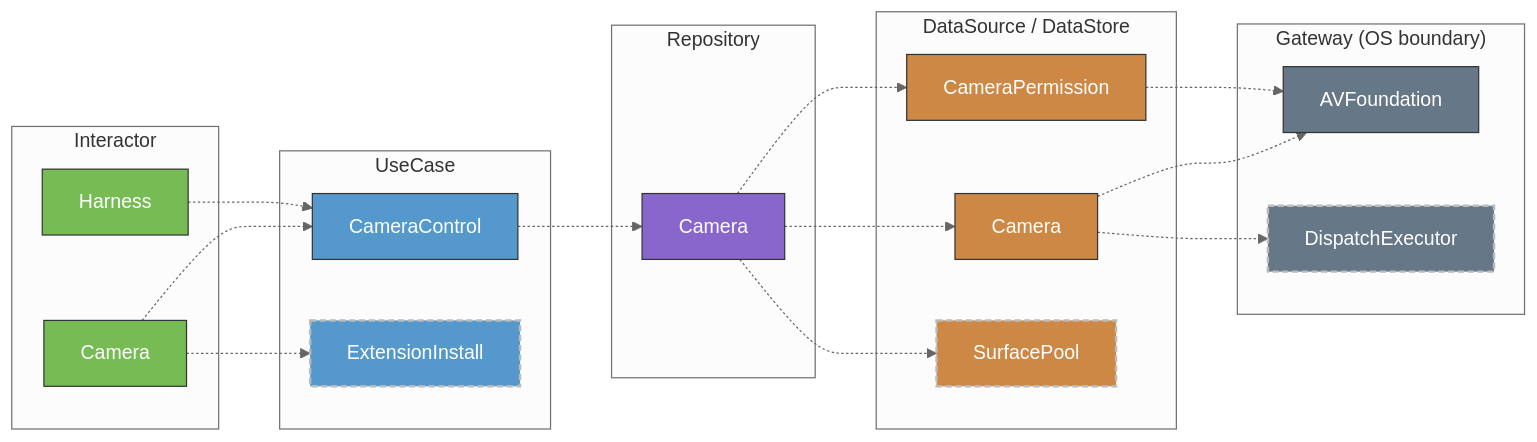
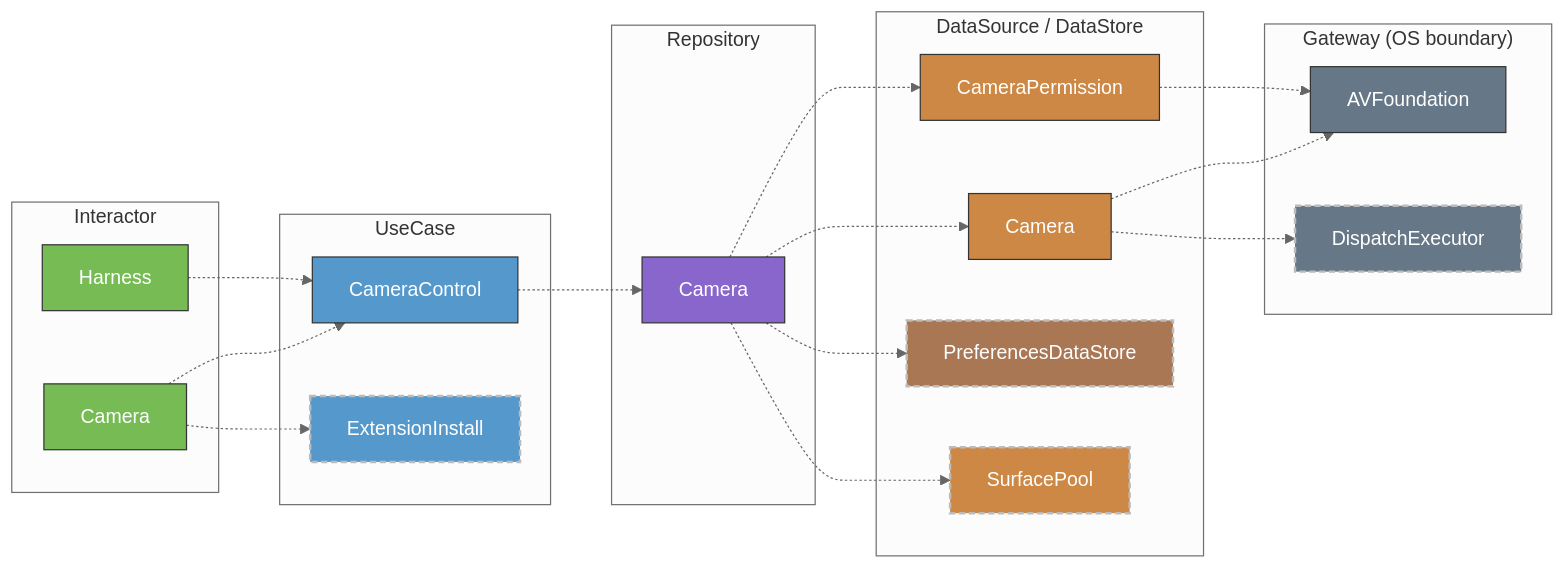
One commit to GeneralD/mirage changed the fourth of 9 diagrams in docs/ARCHITECTURE.md. Above: the diagram before and after it, drawn with Mermaid (neutral theme). The commit also changed other lines of this file and 7 other files, not shown here.

First line of the commit message:
docs(architecture): generate the module diagrams from the package and the lint

````diff
--- a/docs/ARCHITECTURE.md
+++ b/docs/ARCHITECTURE.md
@@ -213,41 +214,44 @@
 ```mermaid
 graph LR
   subgraph Area0a_int["Interactor"]
     CameraInteractor["Camera"]:::int
     HarnessInteractor["Harness"]:::int
   end
   subgraph Area0a_uc["UseCase"]
     CameraControlUseCase["CameraControl"]:::uc
     ExtensionInstallUseCase["ExtensionInstall"]:::ucx
   end
   subgraph Area0a_repo["Repository"]
     CameraRepository["Camera"]:::repo
   end
   subgraph Area0a_ds["DataSource / DataStore"]
     CameraDataSource["Camera"]:::ds
     CameraPermissionDataSource["CameraPermission"]:::ds
+    PreferencesDataStore:::dstorex
     SurfacePoolDataSource["SurfacePool"]:::dsx
   end
   subgraph Area0a_gw["Gateway (OS boundary)"]
     AVFoundationGateway["AVFoundation"]:::gw
     DispatchExecutorGateway["DispatchExecutor"]:::gwx
   end
   CameraInteractor -.-> CameraControlUseCase
   CameraInteractor -.-> ExtensionInstallUseCase
   HarnessInteractor -.-> CameraControlUseCase
   CameraControlUseCase -.-> CameraRepository
   CameraRepository -.-> CameraDataSource
   CameraRepository -.-> CameraPermissionDataSource
+  CameraRepository -.-> PreferencesDataStore
   CameraRepository -.-> SurfacePoolDataSource
   CameraDataSource -.-> AVFoundationGateway
   CameraDataSource -.-> DispatchExecutorGateway
   CameraPermissionDataSource -.-> AVFoundationGateway
   classDef ds fill:#c84,stroke:#333,color:#fff
+  classDef dstorex fill:#a75,stroke:#bbb,stroke-width:2px,stroke-dasharray:5 3,color:#fff
   classDef dsx fill:#c84,stroke:#bbb,stroke-width:2px,stroke-dasharray:5 3,color:#fff
   classDef gw fill:#678,stroke:#333,color:#fff
   classDef gwx fill:#678,stroke:#bbb,stroke-width:2px,stroke-dasharray:5 3,color:#fff
   classDef int fill:#7b5,stroke:#333,color:#fff
   classDef repo fill:#86c,stroke:#333,color:#fff
   classDef uc fill:#59c,stroke:#333,color:#fff
   classDef ucx fill:#59c,stroke:#bbb,stroke-width:2px,stroke-dasharray:5 3,color:#fff
 ```
````
